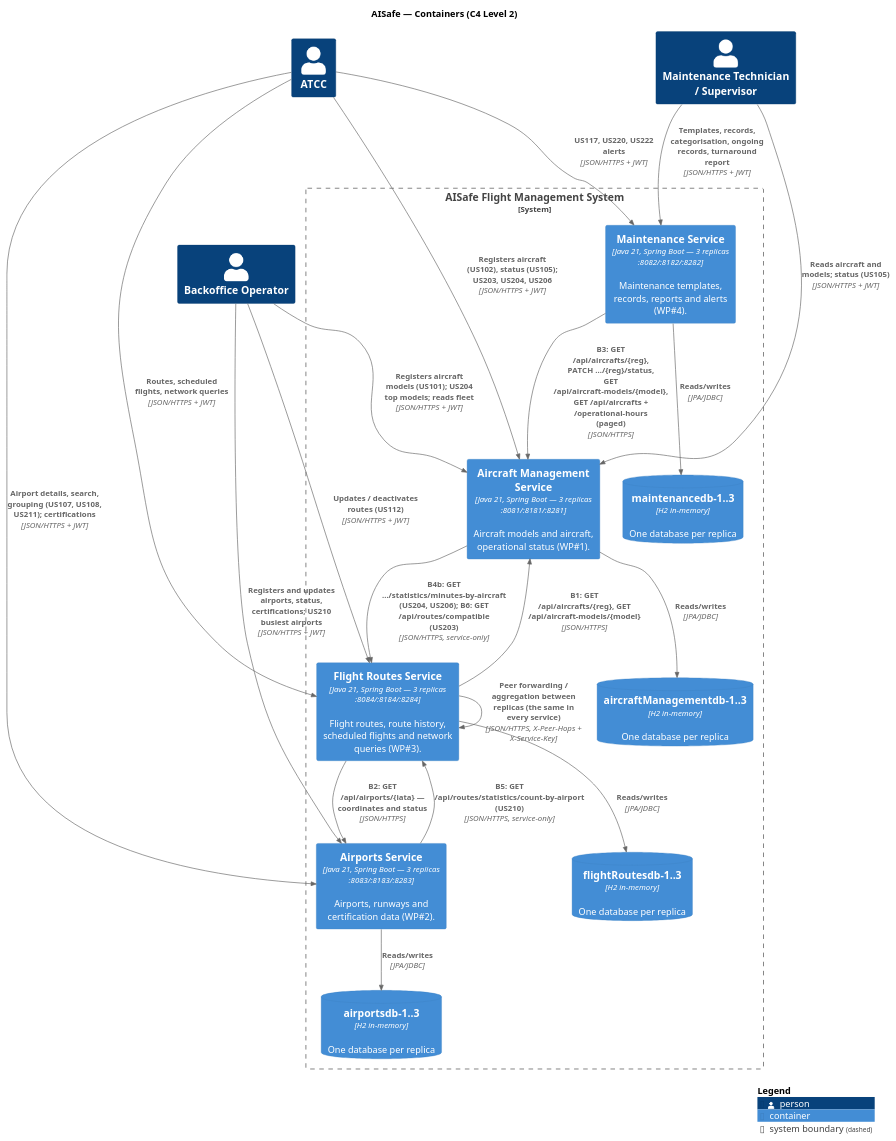
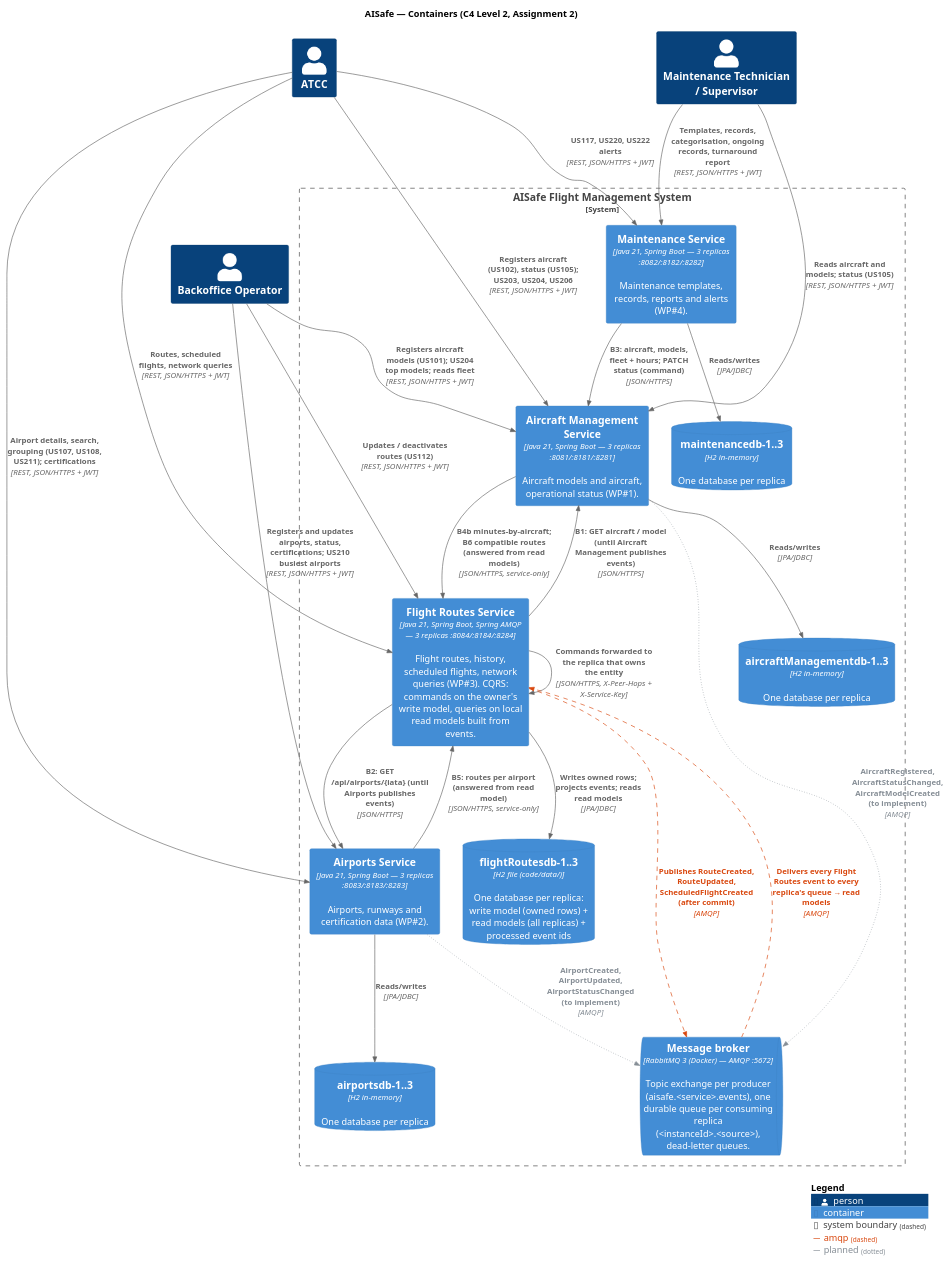
Before and after one commit to caetanotiago/Project_SIDIS: the diagram in docs/2-containers/puml/C4-L2-Containers.puml, drawn with PlantUML. The commit also changed 158 other files, not shown here.

Commit message:
Trabalho 2 - Flight Routes

```diff
--- a/docs/2-containers/puml/C4-L2-Containers.puml
+++ b/docs/2-containers/puml/C4-L2-Containers.puml
@@ -1,48 +1,58 @@
 @startuml C4-L2-Containers
 !include <C4/C4_Container>
 LAYOUT_TOP_DOWN()
-title AISafe — Containers (C4 Level 2)
+title AISafe — Containers (C4 Level 2, Assignment 2)
+
+AddRelTag("amqp", $lineColor="#d9480f", $textColor="#d9480f", $lineStyle=DashedLine())
+AddRelTag("planned", $lineColor="#868e96", $textColor="#868e96", $lineStyle=DottedLine())
 
 Person(backoffice, "Backoffice Operator")
 Person(atcc, "ATCC")
 Person(maint, "Maintenance Technician / Supervisor")
 
 System_Boundary(aisafe, "AISafe Flight Management System") {
     Container(am, "Aircraft Management Service", "Java 21, Spring Boot — 3 replicas :8081/:8181/:8281", "Aircraft models and aircraft, operational status (WP#1).")
     Container(mt, "Maintenance Service", "Java 21, Spring Boot — 3 replicas :8082/:8182/:8282", "Maintenance templates, records, reports and alerts (WP#4).")
     Container(ap, "Airports Service", "Java 21, Spring Boot — 3 replicas :8083/:8183/:8283", "Airports, runways and certification data (WP#2).")
-    Container(fr, "Flight Routes Service", "Java 21, Spring Boot — 3 replicas :8084/:8184/:8284", "Flight routes, route history, scheduled flights and network queries (WP#3).")
+    Container(fr, "Flight Routes Service", "Java 21, Spring Boot, Spring AMQP — 3 replicas :8084/:8184/:8284", "Flight routes, history, scheduled flights, network queries (WP#3). CQRS: commands on the owner's write model, queries on local read models built from events.")
+
+    ContainerQueue(mq, "Message broker", "RabbitMQ 3 (Docker) — AMQP :5672", "Topic exchange per producer (aisafe.<service>.events), one durable queue per consuming replica (<instanceId>.<source>), dead-letter queues.")
 
     ContainerDb(amdb, "aircraftManagementdb-1..3", "H2 in-memory", "One database per replica")
     ContainerDb(mtdb, "maintenancedb-1..3", "H2 in-memory", "One database per replica")
     ContainerDb(apdb, "airportsdb-1..3", "H2 in-memory", "One database per replica")
-    ContainerDb(frdb, "flightRoutesdb-1..3", "H2 in-memory", "One database per replica")
+    ContainerDb(frdb, "flightRoutesdb-1..3", "H2 file (code/data/)", "One database per replica: write model (owned rows) + read models (all replicas) + processed event ids")
 }
 
-' Users (roles as in each service's AuthorizationRules)
-Rel(backoffice, am, "Registers aircraft models (US101); US204 top models; reads fleet", "JSON/HTTPS + JWT")
-Rel(backoffice, ap, "Registers and updates airports, status, certifications; US210 busiest airports", "JSON/HTTPS + JWT")
-Rel(backoffice, fr, "Updates / deactivates routes (US112)", "JSON/HTTPS + JWT")
-Rel(atcc, am, "Registers aircraft (US102), status (US105); US203, US204, US206", "JSON/HTTPS + JWT")
-Rel(atcc, ap, "Airport details, search, grouping (US107, US108, US211); certifications", "JSON/HTTPS + JWT")
-Rel(atcc, fr, "Routes, scheduled flights, network queries", "JSON/HTTPS + JWT")
-Rel(atcc, mt, "US117, US220, US222 alerts", "JSON/HTTPS + JWT")
-Rel(maint, mt, "Templates, records, categorisation, ongoing records, turnaround report", "JSON/HTTPS + JWT")
-Rel(maint, am, "Reads aircraft and models; status (US105)", "JSON/HTTPS + JWT")
+' Users: REST is kept for every external client (roles as in each service's AuthorizationRules)
+Rel(backoffice, am, "Registers aircraft models (US101); US204 top models; reads fleet", "REST, JSON/HTTPS + JWT")
+Rel(backoffice, ap, "Registers and updates airports, status, certifications; US210 busiest airports", "REST, JSON/HTTPS + JWT")
+Rel(backoffice, fr, "Updates / deactivates routes (US112)", "REST, JSON/HTTPS + JWT")
+Rel(atcc, am, "Registers aircraft (US102), status (US105); US203, US204, US206", "REST, JSON/HTTPS + JWT")
+Rel(atcc, ap, "Airport details, search, grouping (US107, US108, US211); certifications", "REST, JSON/HTTPS + JWT")
+Rel(atcc, fr, "Routes, scheduled flights, network queries", "REST, JSON/HTTPS + JWT")
+Rel(atcc, mt, "US117, US220, US222 alerts", "REST, JSON/HTTPS + JWT")
+Rel(maint, mt, "Templates, records, categorisation, ongoing records, turnaround report", "REST, JSON/HTTPS + JWT")
+Rel(maint, am, "Reads aircraft and models; status (US105)", "REST, JSON/HTTPS + JWT")
 
-' Service-to-service calls (all with the user's JWT and X-Service-Key; round-robin + failover)
-Rel(fr, ap, "B2: GET /api/airports/{iata} — coordinates and status", "JSON/HTTPS")
-Rel(fr, am, "B1: GET /api/aircrafts/{reg}, GET /api/aircraft-models/{model}", "JSON/HTTPS")
-Rel(am, fr, "B4b: GET …/statistics/minutes-by-aircraft (US204, US206); B6: GET /api/routes/compatible (US203)", "JSON/HTTPS, service-only")
-Rel(ap, fr, "B5: GET /api/routes/statistics/count-by-airport (US210)", "JSON/HTTPS, service-only")
-Rel(mt, am, "B3: GET /api/aircrafts/{reg}, PATCH …/{reg}/status, GET /api/aircraft-models/{model}, GET /api/aircrafts + /operational-hours (paged)", "JSON/HTTPS")
+' Remaining synchronous bridges (user's JWT + X-Service-Key; round-robin + failover)
+Rel(fr, ap, "B2: GET /api/airports/{iata} (until Airports publishes events)", "JSON/HTTPS")
+Rel(fr, am, "B1: GET aircraft / model (until Aircraft Management publishes events)", "JSON/HTTPS")
+Rel(am, fr, "B4b minutes-by-aircraft; B6 compatible routes (answered from read models)", "JSON/HTTPS, service-only")
+Rel(ap, fr, "B5: routes per airport (answered from read model)", "JSON/HTTPS, service-only")
+Rel(mt, am, "B3: aircraft, models, fleet + hours; PATCH status (command)", "JSON/HTTPS")
+Rel(fr, fr, "Commands forwarded to the replica that owns the entity", "JSON/HTTPS, X-Peer-Hops + X-Service-Key")
 
-Rel(fr, fr, "Peer forwarding / aggregation between replicas (the same in every service)", "JSON/HTTPS, X-Peer-Hops + X-Service-Key")
+' Events (Assignment 2)
+Rel(fr, mq, "Publishes RouteCreated, RouteUpdated, ScheduledFlightCreated (after commit)", "AMQP", $tags="amqp")
+Rel(mq, fr, "Delivers every Flight Routes event to every replica's queue → read models", "AMQP", $tags="amqp")
+Rel(am, mq, "AircraftRegistered, AircraftStatusChanged, AircraftModelCreated (to implement)", "AMQP", $tags="planned")
+Rel(ap, mq, "AirportCreated, AirportUpdated, AirportStatusChanged (to implement)", "AMQP", $tags="planned")
 
 Rel(am, amdb, "Reads/writes", "JPA/JDBC")
 Rel(mt, mtdb, "Reads/writes", "JPA/JDBC")
 Rel(ap, apdb, "Reads/writes", "JPA/JDBC")
-Rel(fr, frdb, "Reads/writes", "JPA/JDBC")
+Rel(fr, frdb, "Writes owned rows; projects events; reads read models", "JPA/JDBC")
 
 SHOW_LEGEND()
 @enduml
```
